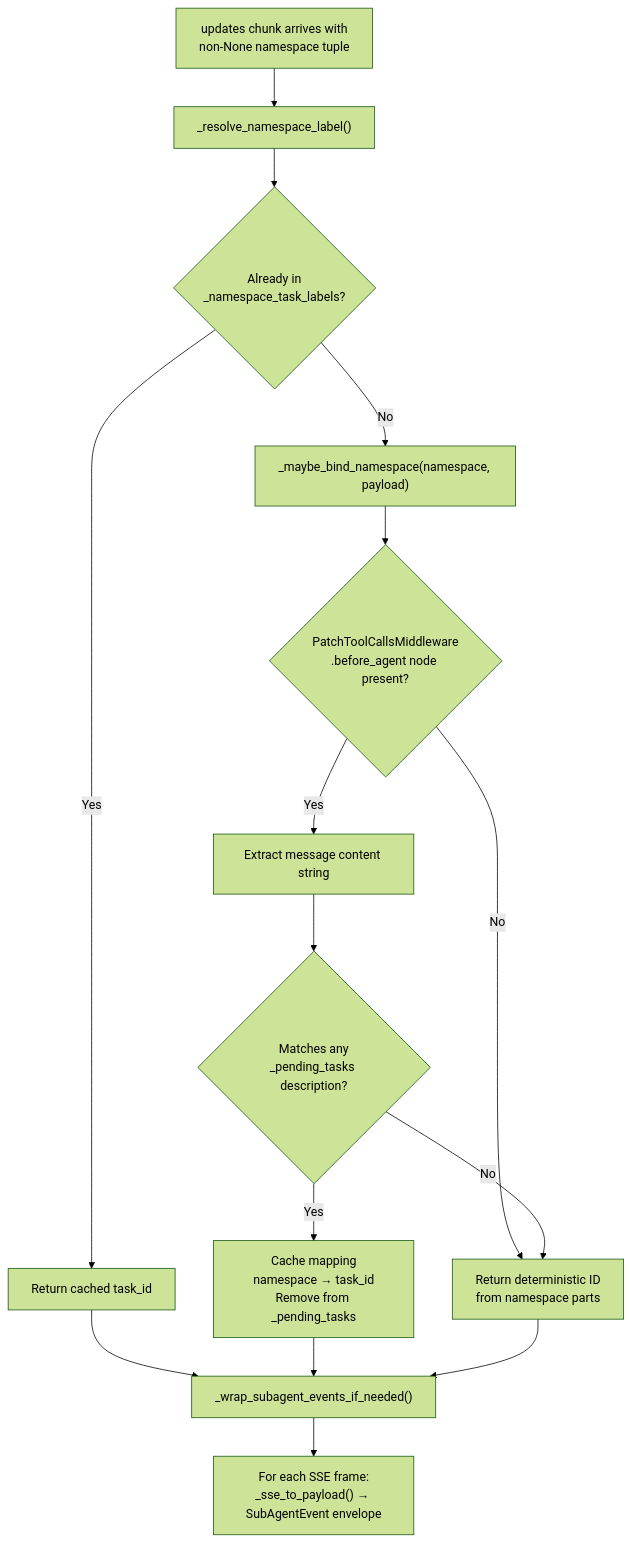
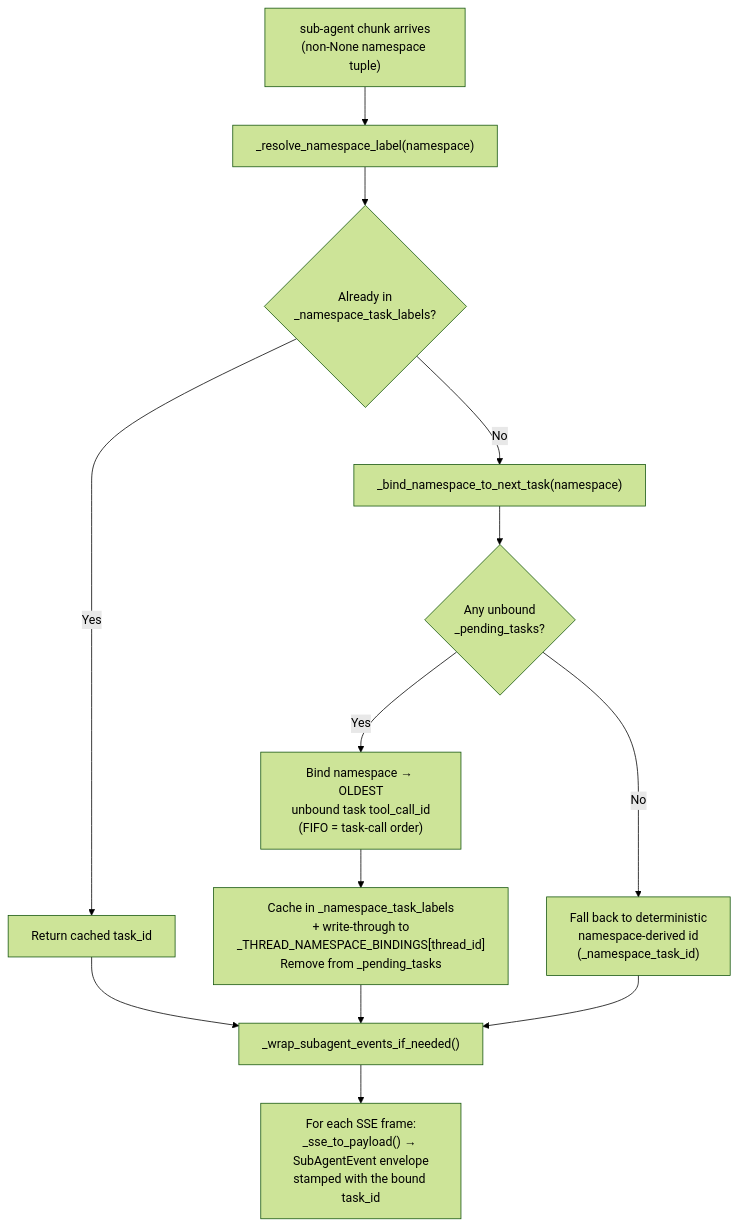
The fifth of 9 diagrams in docs/development/agui-protocol.md (konstantinosmpouros/mAgenticX), drawn with Mermaid (forest theme) before and after one commit. The commit also changed other lines of this file and 67 other files, not shown here.

````diff
--- a/docs/development/agui-protocol.md
+++ b/docs/development/agui-protocol.md
@@ -325,15 +325,13 @@
 ```mermaid
 flowchart TD
-    A["updates chunk arrives with\nnon-None namespace tuple"] --> B["_resolve_namespace_label()"]
+    A["sub-agent chunk arrives\n(non-None namespace tuple)"] --> B["_resolve_namespace_label(namespace)"]
     B --> C{Already in\n_namespace_task_labels?}
     C -->|Yes| D["Return cached task_id"]
-    C -->|No| E["_maybe_bind_namespace(namespace, payload)"]
-    E --> F{"PatchToolCallsMiddleware\n.before_agent node present?"}
-    F -->|No| G["Return deterministic ID\nfrom namespace parts"]
-    F -->|Yes| H["Extract message content string"]
-    H --> I{Matches any\n_pending_tasks description?}
-    I -->|Yes| J["Cache mapping\nnamespace → task_id\nRemove from _pending_tasks"]
-    I -->|No| G
-    D & J & G --> K["_wrap_subagent_events_if_needed()"]
-    K --> L["For each SSE frame:\n_sse_to_payload() → SubAgentEvent envelope"]
+    C -->|No| E["_bind_namespace_to_next_task(namespace)"]
+    E --> F{Any unbound\n_pending_tasks?}
+    F -->|No| G["Fall back to deterministic\nnamespace-derived id\n(_namespace_task_id)"]
+    F -->|Yes| H["Bind namespace → OLDEST\nunbound task tool_call_id\n(FIFO = task-call order)"]
+    H --> I["Cache in _namespace_task_labels\n+ write-through to\n_THREAD_NAMESPACE_BINDINGS[thread_id]\nRemove from _pending_tasks"]
+    D & I & G --> K["_wrap_subagent_events_if_needed()"]
+    K --> L["For each SSE frame:\n_sse_to_payload() → SubAgentEvent envelope\nstamped with the bound task_id"]
 ```
````
